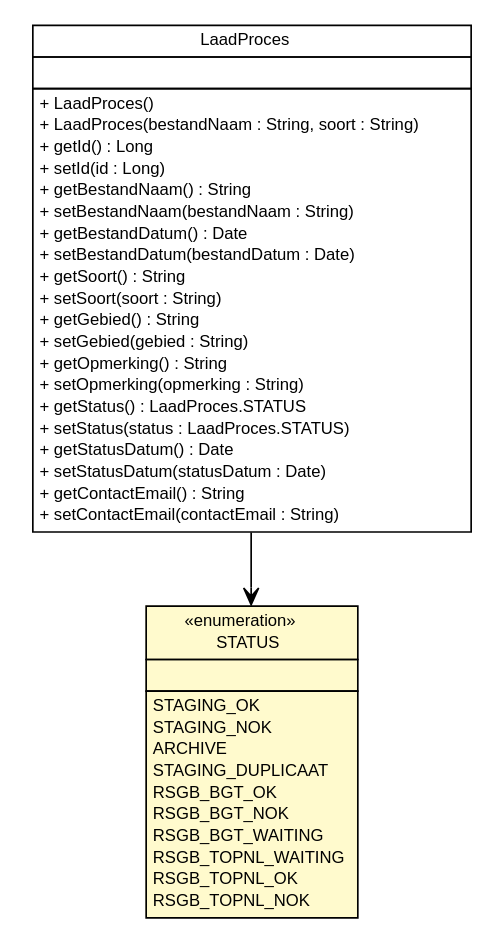
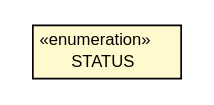
Before and after one commit to B3Partners/brmo: the diagram in brmo-loader/apidocs/nl/b3p/brmo/loader/entity/LaadProces.STATUS.dot, drawn with Graphviz. The commit also changed 475 other files, not shown here.

```diff
--- a/brmo-loader/apidocs/nl/b3p/brmo/loader/entity/LaadProces.STATUS.dot
+++ b/brmo-loader/apidocs/nl/b3p/brmo/loader/entity/LaadProces.STATUS.dot
@@ -1,67 +1,19 @@
 #!/usr/local/bin/dot
 #
 # Class diagram 
 # Generated by UMLGraph version R5_6-24-gf6e263 (http://www.umlgraph.org/)
 #
 
 digraph G {
 	edge [fontname="Helvetica",fontsize=10,labelfontname="Helvetica",labelfontsize=10];
 	node [fontname="Helvetica",fontsize=10,shape=plaintext];
 	nodesep=0.25;
 	ranksep=0.5;
-	// nl.b3p.brmo.loader.entity.LaadProces
-	c1276 [label=<<table title="nl.b3p.brmo.loader.entity.LaadProces" border="0" cellborder="1" cellspacing="0" cellpadding="2" port="p" href="./LaadProces.html">
-		<tr><td><table border="0" cellspacing="0" cellpadding="1">
-<tr><td align="center" balign="center"> LaadProces </td></tr>
-		</table></td></tr>
-		<tr><td><table border="0" cellspacing="0" cellpadding="1">
-<tr><td align="left" balign="left">  </td></tr>
-		</table></td></tr>
-		<tr><td><table border="0" cellspacing="0" cellpadding="1">
-<tr><td align="left" balign="left"> + LaadProces() </td></tr>
-<tr><td align="left" balign="left"> + LaadProces(bestandNaam : String, soort : String) </td></tr>
-<tr><td align="left" balign="left"> + getId() : Long </td></tr>
-<tr><td align="left" balign="left"> + setId(id : Long) </td></tr>
-<tr><td align="left" balign="left"> + getBestandNaam() : String </td></tr>
-<tr><td align="left" balign="left"> + setBestandNaam(bestandNaam : String) </td></tr>
-<tr><td align="left" balign="left"> + getBestandDatum() : Date </td></tr>
-<tr><td align="left" balign="left"> + setBestandDatum(bestandDatum : Date) </td></tr>
-<tr><td align="left" balign="left"> + getSoort() : String </td></tr>
-<tr><td align="left" balign="left"> + setSoort(soort : String) </td></tr>
-<tr><td align="left" balign="left"> + getGebied() : String </td></tr>
-<tr><td align="left" balign="left"> + setGebied(gebied : String) </td></tr>
-<tr><td align="left" balign="left"> + getOpmerking() : String </td></tr>
-<tr><td align="left" balign="left"> + setOpmerking(opmerking : String) </td></tr>
-<tr><td align="left" balign="left"> + getStatus() : LaadProces.STATUS </td></tr>
-<tr><td align="left" balign="left"> + setStatus(status : LaadProces.STATUS) </td></tr>
-<tr><td align="left" balign="left"> + getStatusDatum() : Date </td></tr>
-<tr><td align="left" balign="left"> + setStatusDatum(statusDatum : Date) </td></tr>
-<tr><td align="left" balign="left"> + getContactEmail() : String </td></tr>
-<tr><td align="left" balign="left"> + setContactEmail(contactEmail : String) </td></tr>
-		</table></td></tr>
-		</table>>, URL="./LaadProces.html", fontname="Helvetica", fontcolor="black", fontsize=10.0];
 	// nl.b3p.brmo.loader.entity.LaadProces.STATUS
-	c1277 [label=<<table title="nl.b3p.brmo.loader.entity.LaadProces.STATUS" border="0" cellborder="1" cellspacing="0" cellpadding="2" port="p" bgcolor="lemonChiffon" href="./LaadProces.STATUS.html">
+	c1237 [label=<<table title="nl.b3p.brmo.loader.entity.LaadProces.STATUS" border="0" cellborder="1" cellspacing="0" cellpadding="2" port="p" bgcolor="lemonChiffon" href="./LaadProces.STATUS.html">
 		<tr><td><table border="0" cellspacing="0" cellpadding="1">
 <tr><td align="center" balign="center"> &#171;enumeration&#187; </td></tr>
 <tr><td align="center" balign="center"> STATUS </td></tr>
 		</table></td></tr>
-		<tr><td><table border="0" cellspacing="0" cellpadding="1">
-<tr><td align="left" balign="left">  </td></tr>
-		</table></td></tr>
-		<tr><td><table border="0" cellspacing="0" cellpadding="1">
-<tr><td align="left" balign="left"> STAGING_OK </td></tr>
-<tr><td align="left" balign="left"> STAGING_NOK </td></tr>
-<tr><td align="left" balign="left"> ARCHIVE </td></tr>
-<tr><td align="left" balign="left"> STAGING_DUPLICAAT </td></tr>
-<tr><td align="left" balign="left"> RSGB_BGT_OK </td></tr>
-<tr><td align="left" balign="left"> RSGB_BGT_NOK </td></tr>
-<tr><td align="left" balign="left"> RSGB_BGT_WAITING </td></tr>
-<tr><td align="left" balign="left"> RSGB_TOPNL_WAITING </td></tr>
-<tr><td align="left" balign="left"> RSGB_TOPNL_OK </td></tr>
-<tr><td align="left" balign="left"> RSGB_TOPNL_NOK </td></tr>
-		</table></td></tr>
 		</table>>, URL="./LaadProces.STATUS.html", fontname="Helvetica", fontcolor="black", fontsize=10.0];
-	// nl.b3p.brmo.loader.entity.LaadProces NAVASSOC nl.b3p.brmo.loader.entity.LaadProces.STATUS
-	c1276:p -> c1277:p [taillabel="", label="", headlabel="", fontname="Helvetica", fontcolor="black", fontsize=10.0, color="black", arrowhead=open];
 }
```
